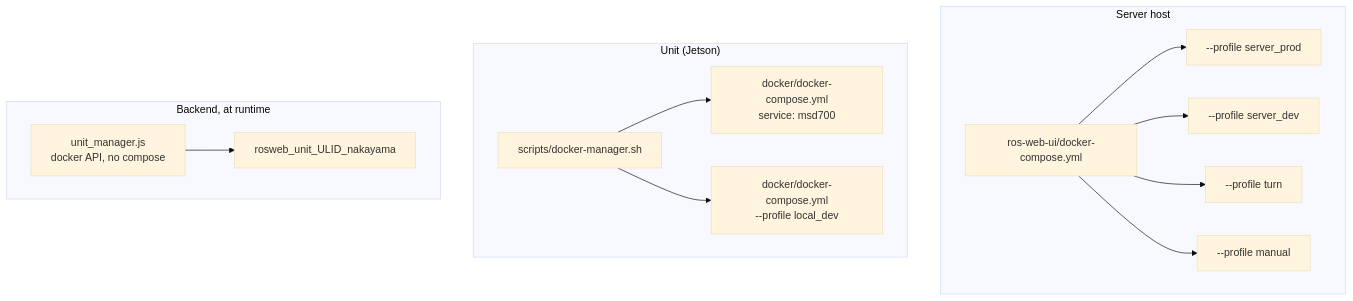
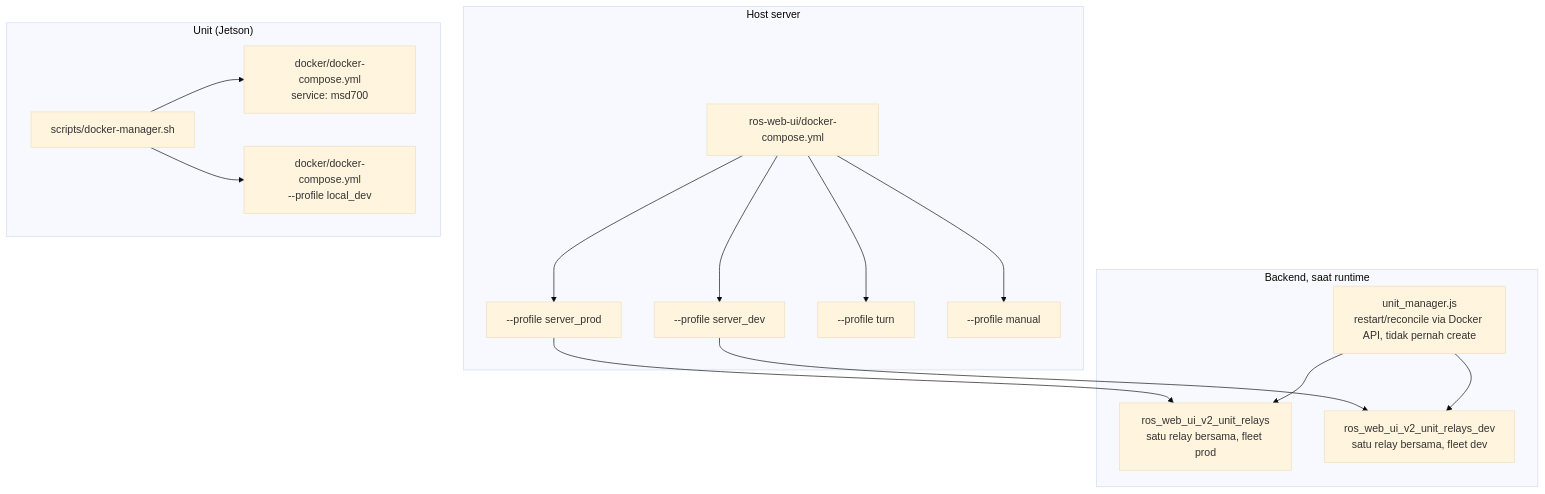
One commit to itbdelaboprogramming/msd700_documentation changed the first of 2 diagrams in docs/id/setup/docker-reference.md. Above: the diagram before and after it, drawn with Mermaid (base theme). The commit also changed other lines of this file and 110 other files, not shown here.

````diff
--- a/docs/id/setup/docker-reference.md
+++ b/docs/id/setup/docker-reference.md
@@ -25,19 +21,22 @@
 ```mermaid
 flowchart TB
-  subgraph S["Server host"]
+  subgraph S["Host server"]
     SC["ros-web-ui/docker-compose.yml"]
     SC --> P1["--profile server_prod"]
     SC --> P2["--profile server_dev"]
     SC --> P3["--profile turn"]
     SC --> P4["--profile manual"]
   end
   subgraph U["Unit (Jetson)"]
     DM["scripts/docker-manager.sh"]
     DM --> UC["docker/docker-compose.yml<br/>service: msd700"]
     DM --> UL["docker/docker-compose.yml<br/>--profile local_dev"]
   end
-  subgraph B["Backend, at runtime"]
-    UM["unit_manager.js<br/>docker API, no compose"]
-    UM --> RU["rosweb_unit_ULID_nakayama"]
+  subgraph B["Backend, saat runtime"]
+    UM["unit_manager.js<br/>restart/reconcile via Docker API, tidak pernah create"]
+    P1 --> RU["ros_web_ui_v2_unit_relays<br/>satu relay bersama, fleet prod"]
+    P2 --> RD["ros_web_ui_v2_unit_relays_dev<br/>satu relay bersama, fleet dev"]
+    UM --> RU
+    UM --> RD
   end
 ```
````
